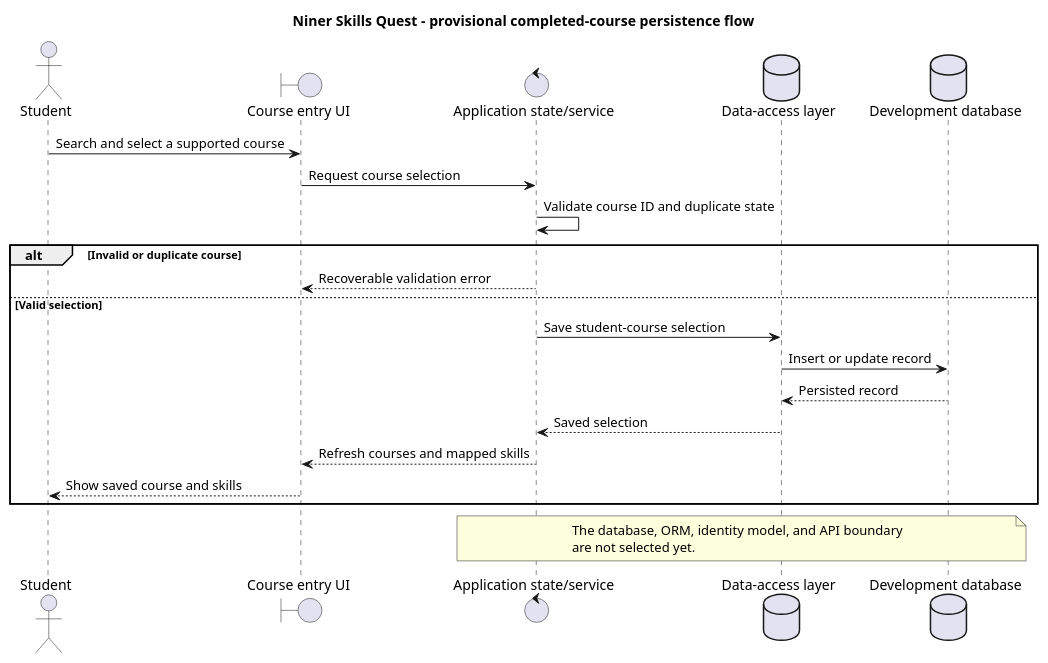
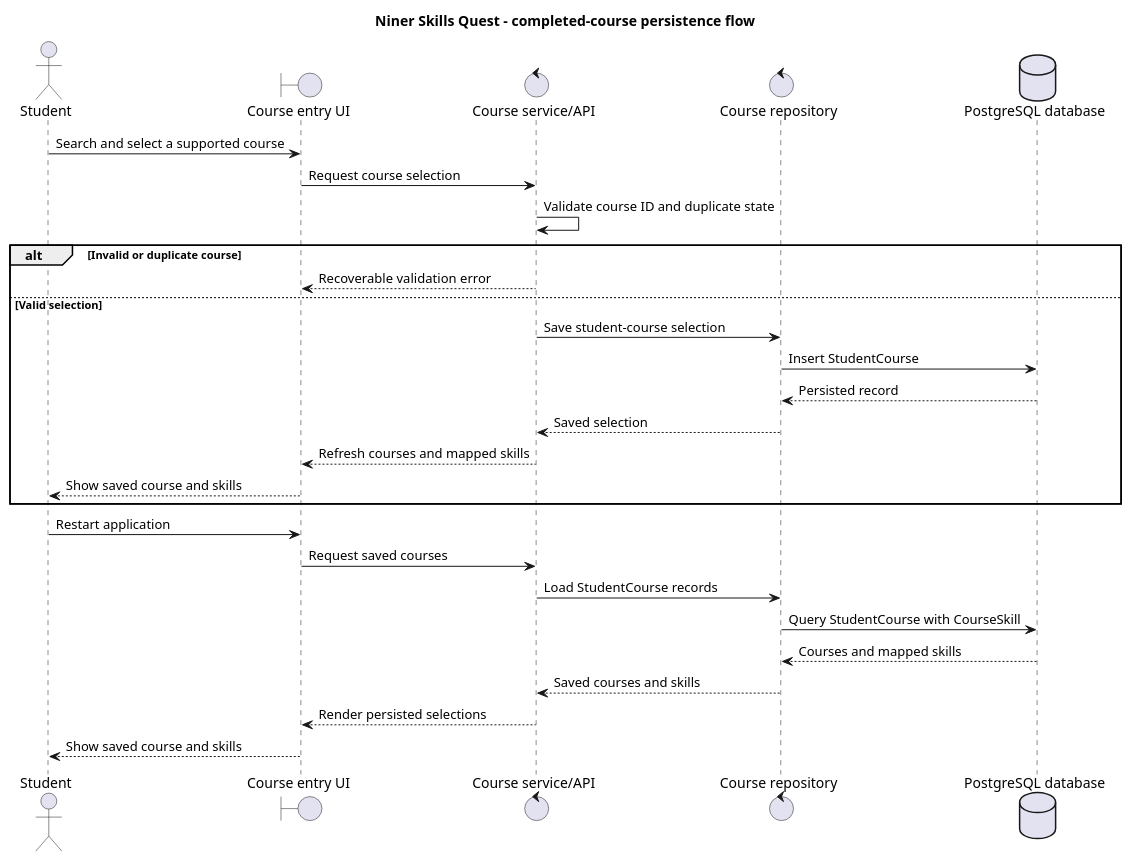
The diagram in docs/uml/sequence-course-save.puml (kgajula1-stack/NinerSkillsQuest), drawn with PlantUML before and after one commit. The commit also changed 11 other files, not shown here.

First line of the commit message:
feat: add PostgreSQL Prisma database setup

```diff
--- a/docs/uml/sequence-course-save.puml
+++ b/docs/uml/sequence-course-save.puml
@@ -1,28 +1,32 @@
 @startuml
-title Niner Skills Quest - provisional completed-course persistence flow
+title Niner Skills Quest - completed-course persistence flow
 
 actor Student
 boundary "Course entry UI" as UI
-control "Application state/service" as Service
-database "Data-access layer" as Repository
-database "Development database" as DB
+control "Course service/API" as Service
+control "Course repository" as Repository
+database "PostgreSQL database" as DB
 
 Student -> UI: Search and select a supported course
 UI -> Service: Request course selection
 Service -> Service: Validate course ID and duplicate state
 alt Invalid or duplicate course
   Service --> UI: Recoverable validation error
 else Valid selection
   Service -> Repository: Save student-course selection
-  Repository -> DB: Insert or update record
+  Repository -> DB: Insert StudentCourse
   DB --> Repository: Persisted record
   Repository --> Service: Saved selection
   Service --> UI: Refresh courses and mapped skills
   UI --> Student: Show saved course and skills
 end
 
-note over Service,DB
-The database, ORM, identity model, and API boundary
-are not selected yet.
-end note
+Student -> UI: Restart application
+UI -> Service: Request saved courses
+Service -> Repository: Load StudentCourse records
+Repository -> DB: Query StudentCourse with CourseSkill
+DB --> Repository: Courses and mapped skills
+Repository --> Service: Saved courses and skills
+Service --> UI: Render persisted selections
+UI --> Student: Show saved course and skills
 @enduml
```
